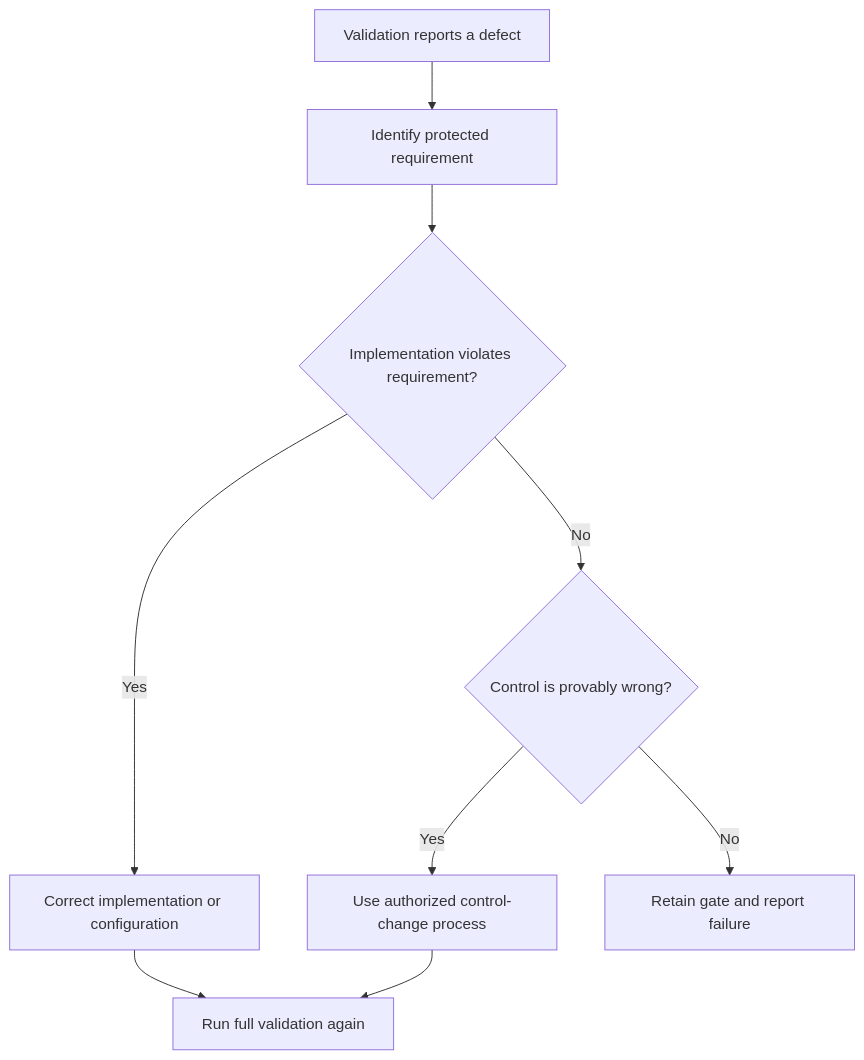
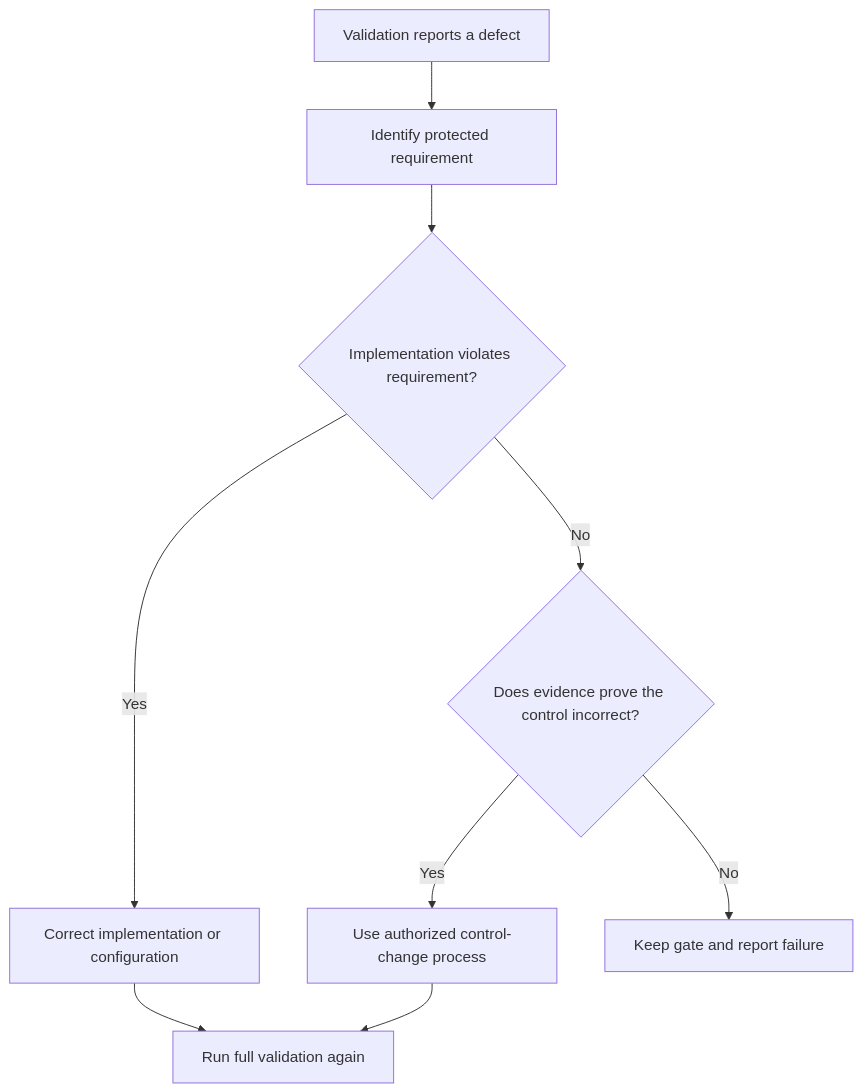
The diagram in docs/principles/details/p068-no-validation-bypass.md (HomericIntelligence/Athena), drawn with Mermaid before and after one commit. The commit also changed other lines of this file and 91 other files, not shown here.

````diff
--- a/docs/principles/details/p068-no-validation-bypass.md
+++ b/docs/principles/details/p068-no-validation-bypass.md
@@ -35,11 +37,11 @@
 ```mermaid
 flowchart TD
     A["Validation reports a defect"] --> B["Identify protected requirement"]
     B --> C{"Implementation violates requirement?"}
     C -- "Yes" --> D["Correct implementation or configuration"]
-    C -- "No" --> E{"Control is provably wrong?"}
+    C -- "No" --> E{"Does evidence prove the control incorrect?"}
     E -- "Yes" --> F["Use authorized control-change process"]
-    E -- "No" --> G["Retain gate and report failure"]
+    E -- "No" --> G["Keep gate and report failure"]
     D --> H["Run full validation again"]
     F --> H
 ```
````
